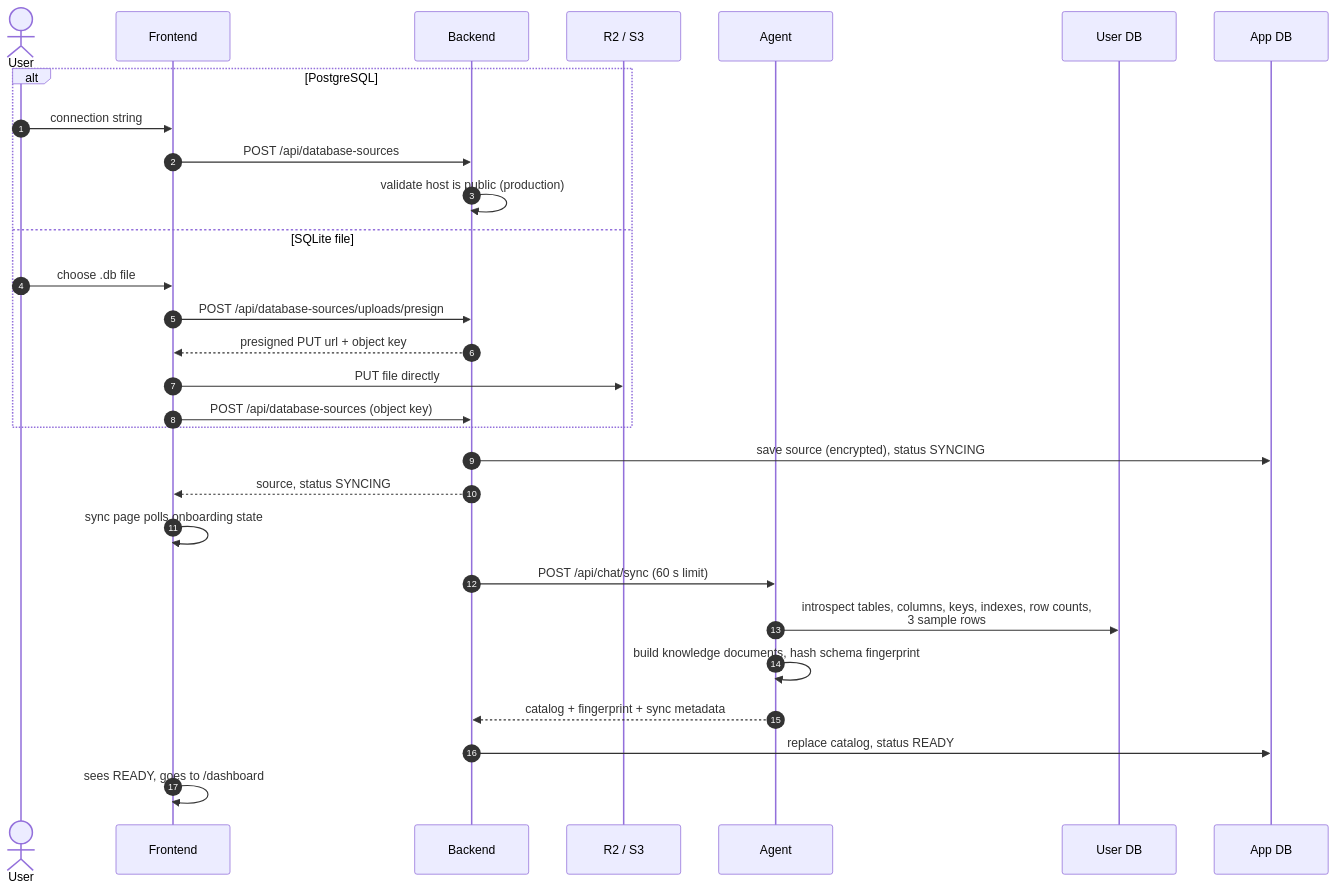
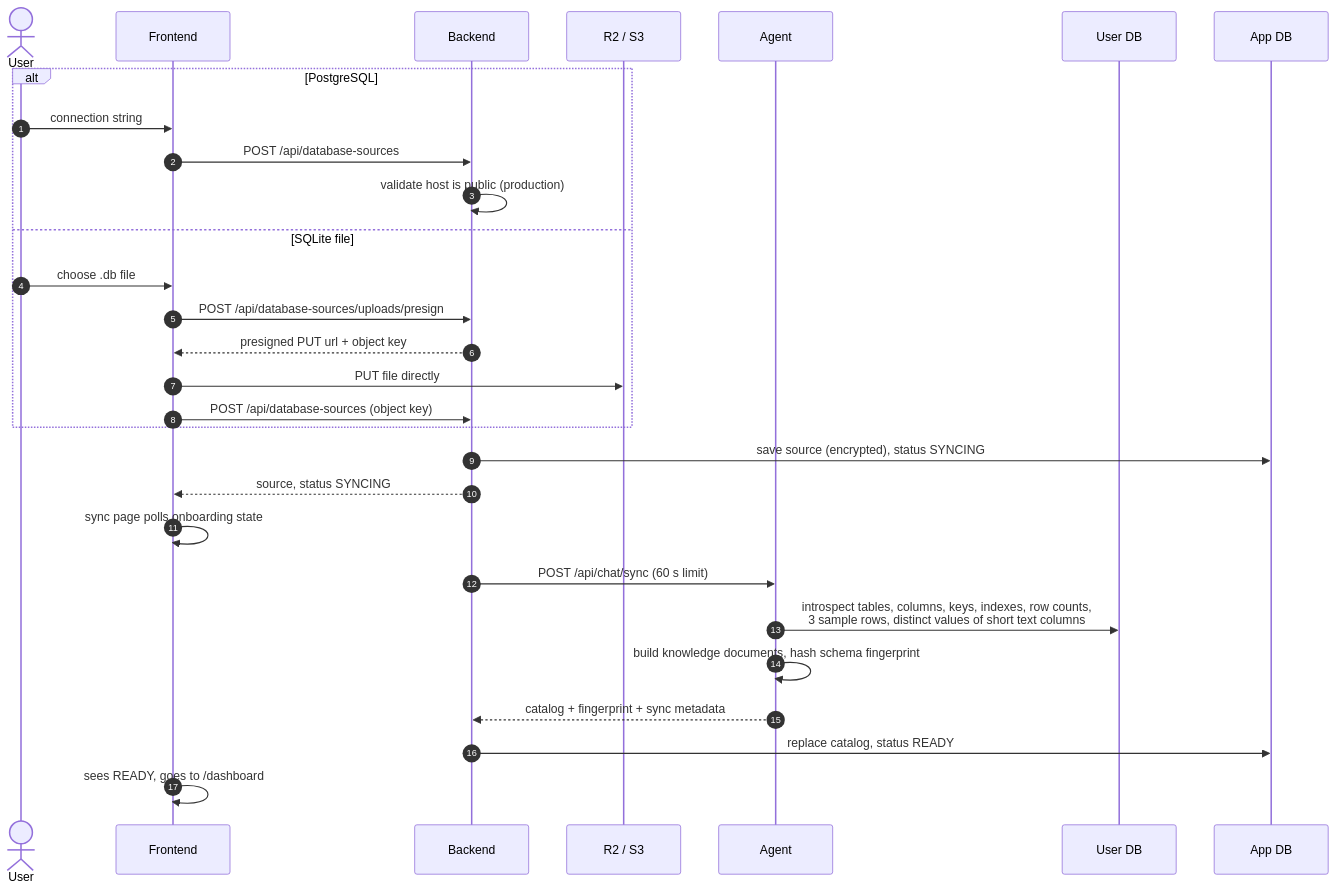
Before and after one commit to Kakaw-AI/.github: the second of 4 diagrams in docs/04-data-and-sync.md, drawn with Mermaid. The commit also changed other lines of this file, not shown here.

Commit message:
Note complete value lists in the catalog
Short text columns now keep all their distinct values in sampleValues
(agent a77a419), rendered as "values:" in the SQL prompt.

Docs: updated docs/04-data-and-sync.md

````diff
--- a/docs/04-data-and-sync.md
+++ b/docs/04-data-and-sync.md
@@ -86,34 +86,34 @@
 ```mermaid
 sequenceDiagram
     autonumber
     actor U as User
     participant FE as Frontend
     participant BE as Backend
     participant R2 as R2 / S3
     participant AG as Agent
     participant UDB as User DB
     participant DB as App DB
 
     alt PostgreSQL
         U->>FE: connection string
         FE->>BE: POST /api/database-sources
         BE->>BE: validate host is public (production)
     else SQLite file
         U->>FE: choose .db file
         FE->>BE: POST /api/database-sources/uploads/presign
         BE-->>FE: presigned PUT url + object key
         FE->>R2: PUT file directly
         FE->>BE: POST /api/database-sources (object key)
     end
 
     BE->>DB: save source (encrypted), status SYNCING
     BE-->>FE: source, status SYNCING
     FE->>FE: sync page polls onboarding state
 
     BE->>AG: POST /api/chat/sync (60 s limit)
-    AG->>UDB: introspect tables, columns, keys, indexes, row counts,<br/>3 sample rows
+    AG->>UDB: introspect tables, columns, keys, indexes, row counts,<br/>3 sample rows, distinct values of short text columns
     AG->>AG: build knowledge documents, hash schema fingerprint
     AG-->>BE: catalog + fingerprint + sync metadata
     BE->>DB: replace catalog, status READY
     FE->>FE: sees READY, goes to /dashboard
 ```
````
